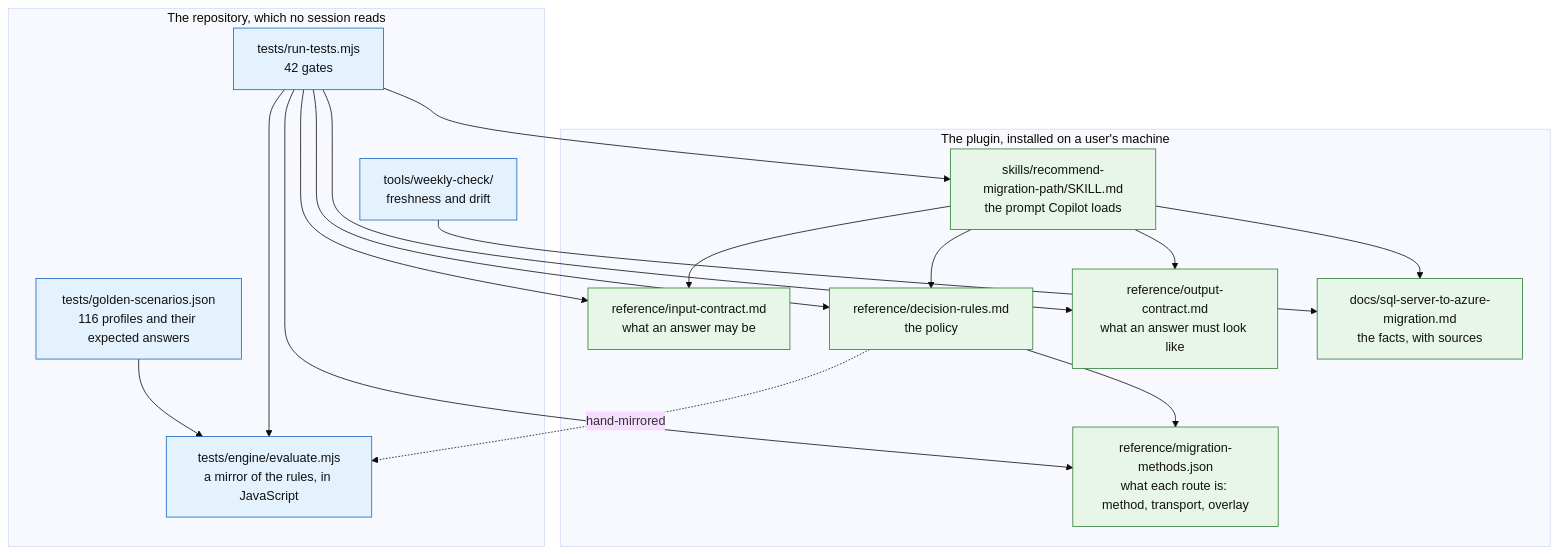
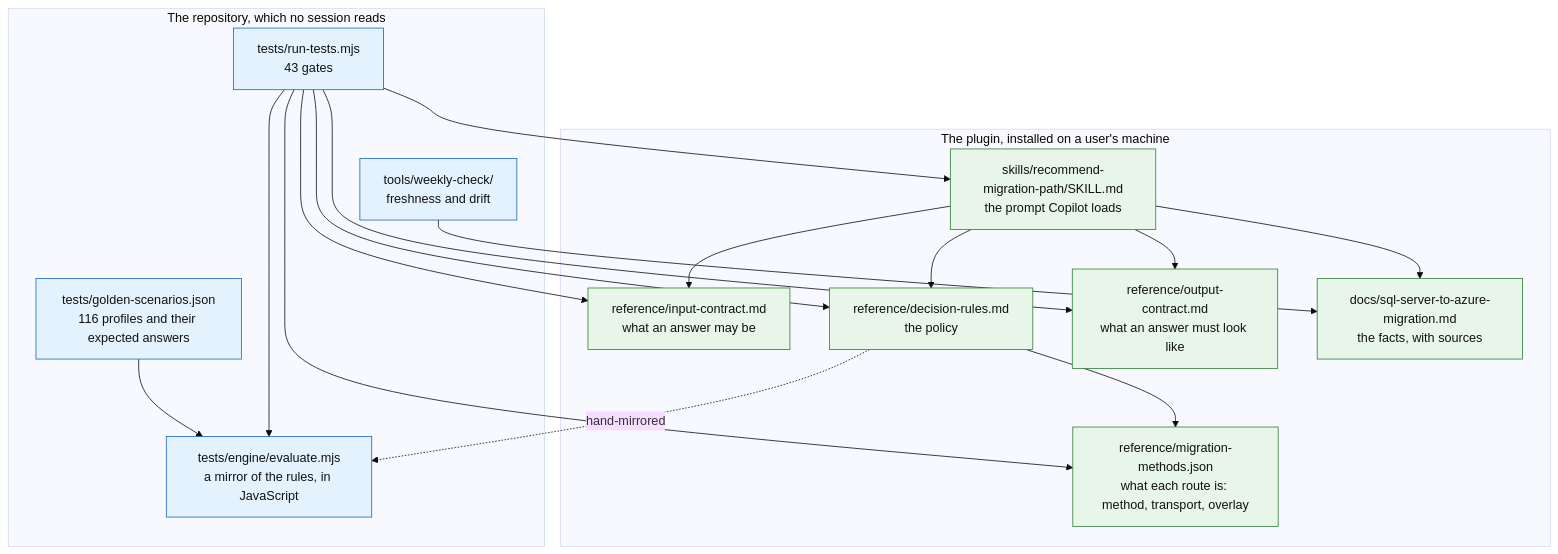
The first of 3 diagrams in docs/ARCHITECTURE.md (fredgis/sql-migration-advisor), drawn with Mermaid (base theme) before and after one commit. The commit also changed other lines of this file and 17 other files, not shown here.

````diff
--- a/docs/ARCHITECTURE.md
+++ b/docs/ARCHITECTURE.md
@@ -28,38 +28,38 @@
 ```mermaid
 flowchart TD
     subgraph plugin["The plugin, installed on a user's machine"]
       SK["skills/recommend-migration-path/SKILL.md<br/>the prompt Copilot loads"]
       IC["reference/input-contract.md<br/>what an answer may be"]
       DR["reference/decision-rules.md<br/>the policy"]
       OC["reference/output-contract.md<br/>what an answer must look like"]
       MM["reference/migration-methods.json<br/>what each route is: method, transport, overlay"]
       KB["docs/sql-server-to-azure-migration.md<br/>the facts, with sources"]
     end
 
     subgraph repo["The repository, which no session reads"]
       EN["tests/engine/evaluate.mjs<br/>a mirror of the rules, in JavaScript"]
       GS["tests/golden-scenarios.json<br/>116 profiles and their expected answers"]
-      GA["tests/run-tests.mjs<br/>42 gates"]
+      GA["tests/run-tests.mjs<br/>43 gates"]
       WK["tools/weekly-check/<br/>freshness and drift"]
     end
 
     SK --> IC
     SK --> DR
     SK --> OC
     SK --> KB
     DR --> MM
     DR -.->|hand-mirrored| EN
     GS --> EN
     GA --> EN
     GA --> SK
     GA --> IC
     GA --> DR
     GA --> OC
     GA --> MM
     WK --> KB
 
     classDef live fill:#e8f5e9,stroke:#2e7d32,color:#111
     classDef test fill:#e3f2fd,stroke:#1565c0,color:#111
     class SK,IC,DR,OC,KB,MM live
     class EN,GS,GA,WK test
 ```
````
